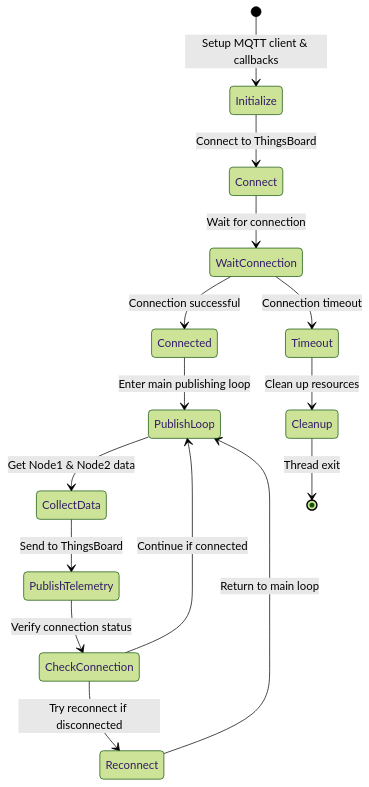
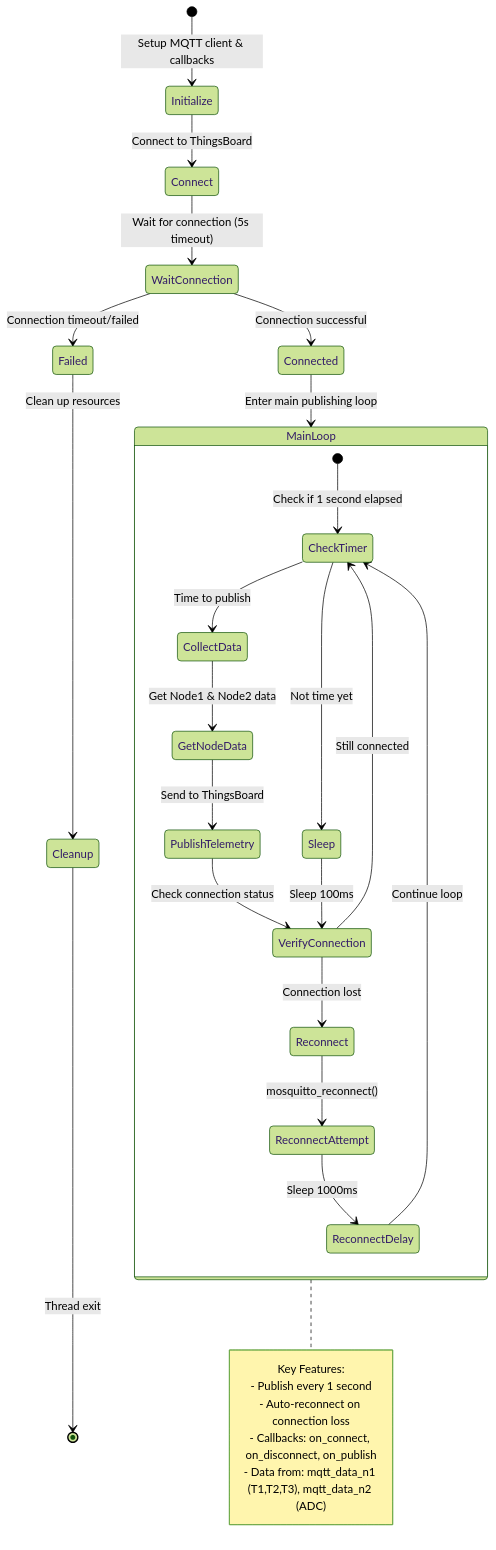
One commit to hongthiennhan/DATN_Gateway changed the fifth of 5 diagrams in README.md. Above: the diagram before and after it, drawn with Mermaid (forest theme). The commit also changed other lines of this file, not shown here.

````diff
--- a/README.md
+++ b/README.md
@@ -273,19 +116,42 @@
 ```mermaid
 stateDiagram-v2
     [*] --> Initialize: Setup MQTT client & callbacks
     Initialize --> Connect: Connect to ThingsBoard
-    Connect --> WaitConnection: Wait for connection
+    Connect --> WaitConnection: Wait for connection (5s timeout)
+    
     WaitConnection --> Connected: Connection successful
-    WaitConnection --> Timeout: Connection timeout
+    WaitConnection --> Failed: Connection timeout/failed
     
-    Connected --> PublishLoop: Enter main publishing loop
-    PublishLoop --> CollectData: Get Node1 & Node2 data
-    CollectData --> PublishTelemetry: Send to ThingsBoard
-    PublishTelemetry --> CheckConnection: Verify connection status
-    CheckConnection --> PublishLoop: Continue if connected
-    CheckConnection --> Reconnect: Try reconnect if disconnected
-    Reconnect --> PublishLoop: Return to main loop
+    Connected --> MainLoop: Enter main publishing loop
     
-    Timeout --> Cleanup: Clean up resources
+    state MainLoop {
+        [*] --> CheckTimer: Check if 1 second elapsed
+        CheckTimer --> CollectData: Time to publish
+        CheckTimer --> Sleep: Not time yet
+        
+        CollectData --> GetNodeData: Get Node1 & Node2 data
+        GetNodeData --> PublishTelemetry: Send to ThingsBoard
+        PublishTelemetry --> VerifyConnection: Check connection status
+        
+        Sleep --> VerifyConnection: Sleep 100ms
+        
+        VerifyConnection --> CheckTimer: Still connected
+        VerifyConnection --> Reconnect: Connection lost
+        
+        Reconnect --> ReconnectAttempt: mosquitto_reconnect()
+        ReconnectAttempt --> ReconnectDelay: Sleep 1000ms
+        ReconnectDelay --> CheckTimer: Continue loop
+    }
+    
+    Failed --> Cleanup: Clean up resources
     Cleanup --> [*]: Thread exit
+    
+    note right of MainLoop
+        Key Features:
+        - Publish every 1 second
+        - Auto-reconnect on connection loss
+        - Callbacks: on_connect, on_disconnect, on_publish
+        - Data from: mqtt_data_n1 (T1,T2,T3), mqtt_data_n2 (ADC)
+    end note
+
 ```
````
